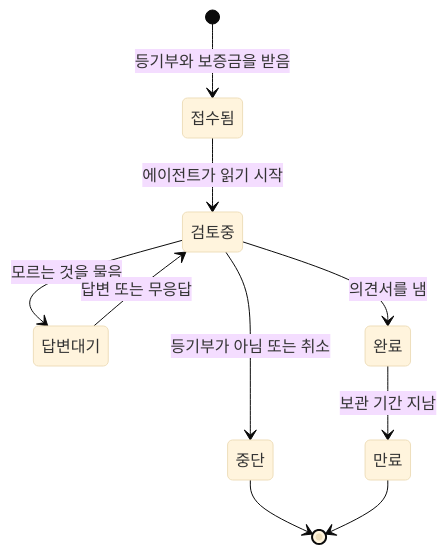
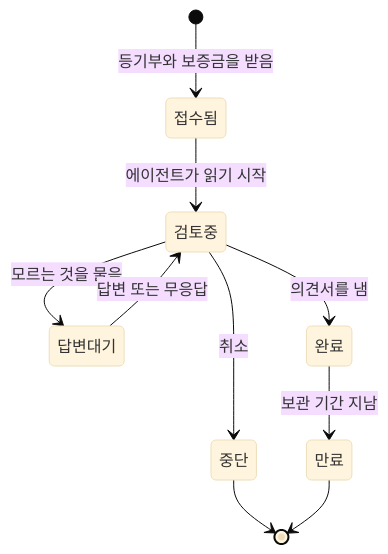
The fourth of 4 diagrams in docs/specs/06-DOM/JSD-DOM-001.md (HoyoungParkme/deposit-guard), drawn with Mermaid (base theme) before and after one commit. The commit also changed other lines of this file, not shown here.

````diff
--- a/docs/specs/06-DOM/JSD-DOM-001.md
+++ b/docs/specs/06-DOM/JSD-DOM-001.md
@@ -308,19 +308,19 @@
 ```mermaid
 stateDiagram-v2
     state "접수됨" as received
     state "검토중" as reviewing
     state "답변대기" as waiting
     state "완료" as done
     state "중단" as aborted
     state "만료" as expired
 
     [*] --> received : 등기부와 보증금을 받음
     received --> reviewing : 에이전트가 읽기 시작
     reviewing --> waiting : 모르는 것을 물음
     waiting --> reviewing : 답변 또는 무응답
     reviewing --> done : 의견서를 냄
-    reviewing --> aborted : 등기부가 아님 또는 취소
+    reviewing --> aborted : 취소
     done --> expired : 보관 기간 지남
     aborted --> [*]
     expired --> [*]
 ```
````
